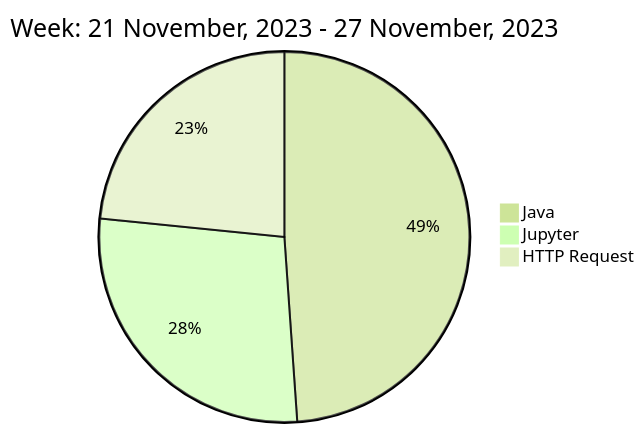
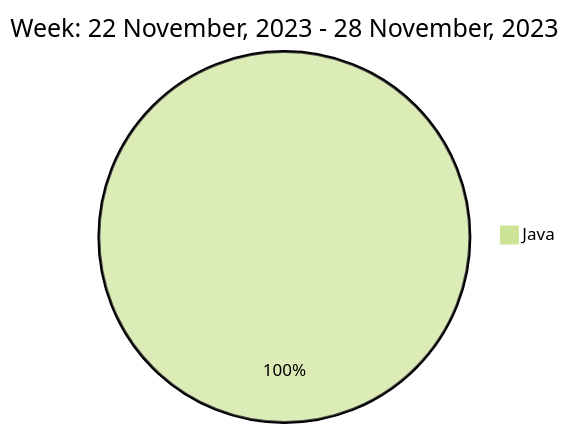
The diagram in README.md (liubin95/liubin95), drawn with Mermaid (forest theme) before and after one commit.

Commit message:
Updated the Graph with new Metrics

````diff
--- a/README.md
+++ b/README.md
@@ -37,7 +37,5 @@
 ```mermaid
  pie
-title Week: 21 November, 2023 - 27 November, 2023
- "Java" : 3.97
- "Jupyter" : 2.25
- "HTTP Request" : 1.9
+title Week: 22 November, 2023 - 28 November, 2023
+ "Java" : 4.43
 ```
````
